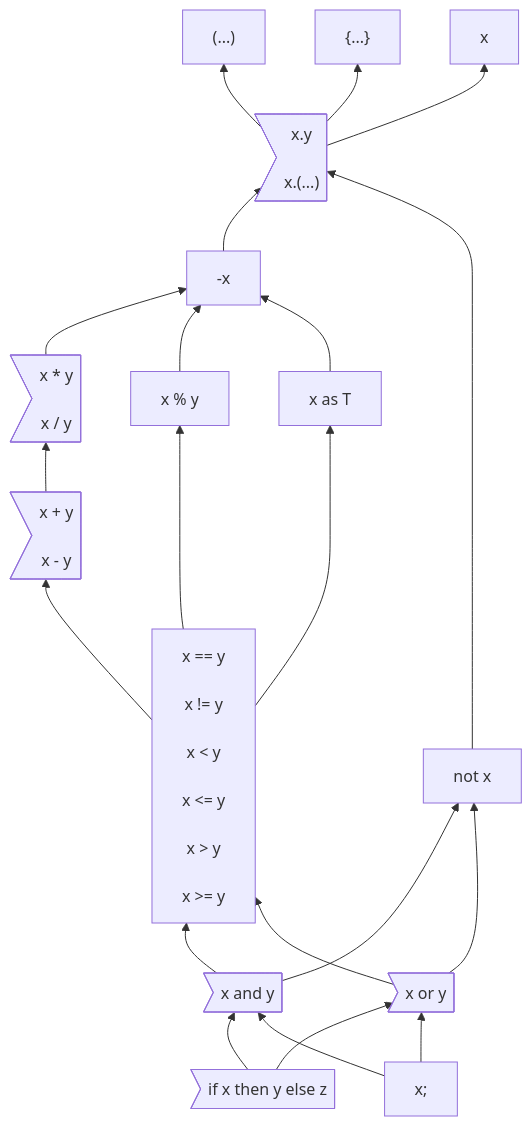
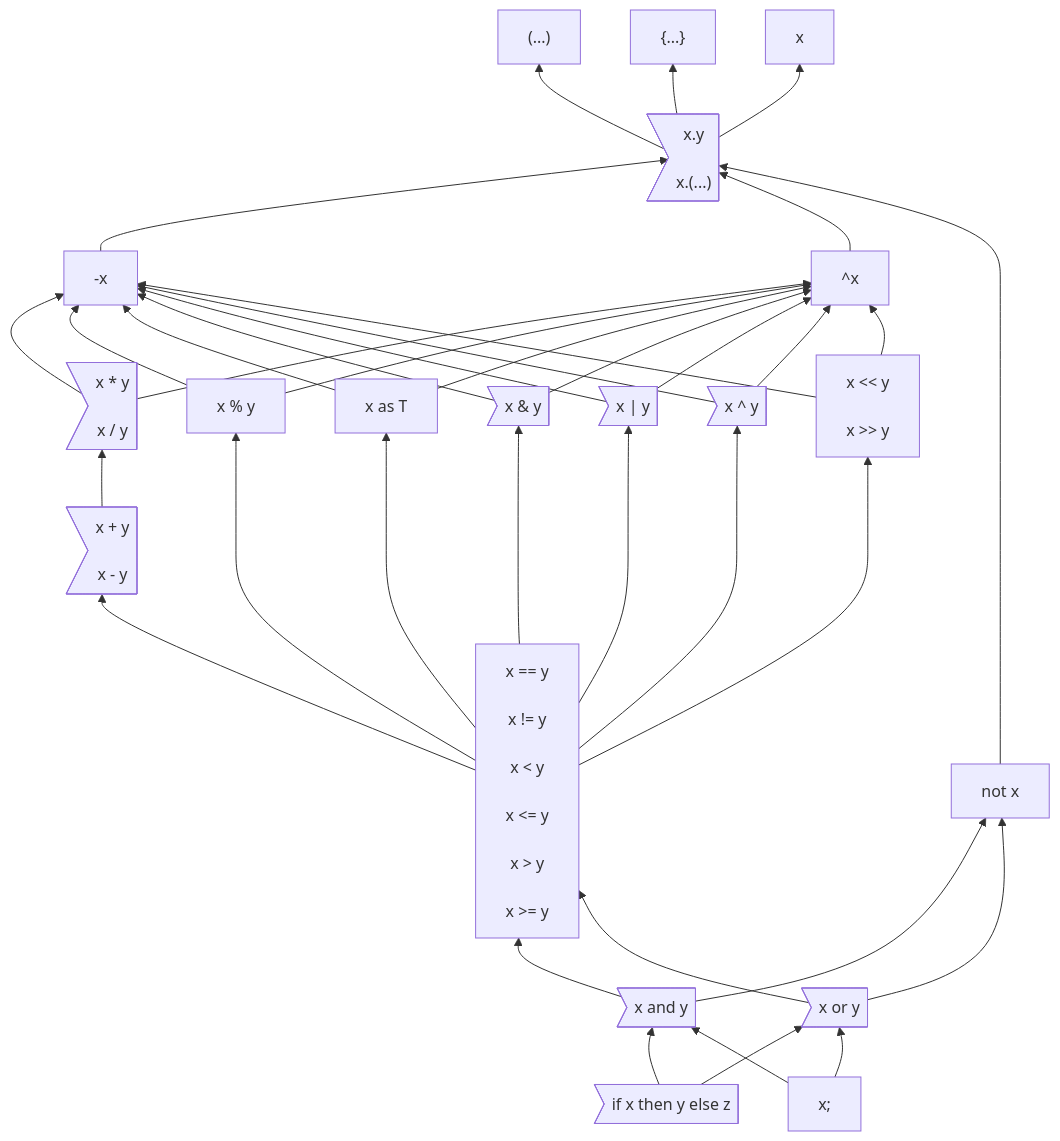
Before and after one commit to carbon-language/carbon-lang: the first of 2 diagrams in docs/design/expressions/README.md, drawn with Mermaid.

Commit message:
Add precedence diagrams.

````diff
--- a/docs/design/expressions/README.md
+++ b/docs/design/expressions/README.md
@@ -52,63 +52,79 @@
 ```mermaid
 %%{init: {'themeVariables': {'fontFamily': 'monospace'}}}%%
 graph BT
     parens["(...)"]
 
     braces["{...}"]
     click braces "https://github.com/carbon-language/carbon-lang/blob/trunk/docs/design/classes.md#literals"
 
     unqualifiedName["x"]
     click unqualifiedName "https://github.com/carbon-language/carbon-lang/blob/trunk/docs/design/expressions/README.md#unqualified-names"
 
     memberAccess>"x.y<br>
                     x.(...)"]
     click memberAccess "https://github.com/carbon-language/carbon-lang/blob/trunk/docs/design/expressions/member_access.md"
 
     negation["-x"]
+    click negation "https://github.com/carbon-language/carbon-lang/blob/trunk/docs/design/expressions/arithmetic.md"
+
+    complement["^x"]
+    click complement "https://github.com/carbon-language/carbon-lang/blob/trunk/docs/design/expressions/bitwise.md"
 
     as["x as T"]
     click as "https://github.com/carbon-language/carbon-lang/blob/trunk/docs/design/expressions/implicit_conversions.md"
 
     multiplication>"x * y<br>
                     x / y"]
     click multiplication "https://github.com/carbon-language/carbon-lang/blob/trunk/docs/design/expressions/arithmetic.md"
 
     addition>"x + y<br>
               x - y"]
     click addition "https://github.com/carbon-language/carbon-lang/blob/trunk/docs/design/expressions/arithmetic.md"
 
     modulo["x % y"]
     click modulo "https://github.com/carbon-language/carbon-lang/blob/trunk/docs/design/expressions/arithmetic.md"
+
+    bitwise_and>"x & y"]
+    bitwise_or>"x | y"]
+    bitwise_xor>"x ^ y"]
+    click bitwise_and "https://github.com/carbon-language/carbon-lang/blob/trunk/docs/design/expressions/bitwise.md"
+    click bitwise_or "https://github.com/carbon-language/carbon-lang/blob/trunk/docs/design/expressions/bitwise.md"
+    click bitwise_xor "https://github.com/carbon-language/carbon-lang/blob/trunk/docs/design/expressions/bitwise.md"
+
+    shift["x << y<br>
+           x >> y"]
+    click shift "https://github.com/carbon-language/carbon-lang/blob/trunk/docs/design/expressions/bitwise.md"
 
     comparison["x == y<br>
                 x != y<br>
                 x < y<br>
                 x <= y<br>
                 x > y<br>
                 x >= y"]
     click comparison "https://github.com/carbon-language/carbon-lang/blob/trunk/docs/design/expressions/comparison_operators.md"
 
     not["not x"]
     click not "https://github.com/carbon-language/carbon-lang/blob/trunk/docs/design/expressions/logical_operators.md"
 
     and>"x and y"]
     click and "https://github.com/carbon-language/carbon-lang/blob/trunk/docs/design/expressions/logical_operators.md"
 
     or>"x or y"]
     click or "https://github.com/carbon-language/carbon-lang/blob/trunk/docs/design/expressions/logical_operators.md"
 
     if>"if x then y else z"]
     click if "https://github.com/carbon-language/carbon-lang/blob/trunk/docs/design/expressions/if.md"
 
     expressionEnd["x;"]
 
     memberAccess --> parens & braces & unqualifiedName
     negation --> memberAccess
+    complement --> memberAccess
     %% Use a longer arrow here to put `not` next to `and` and `or`.
     not -----> memberAccess
-    multiplication & modulo & as --> negation
+    multiplication & modulo & as & bitwise_and & bitwise_or & bitwise_xor & shift --> negation & complement
     addition --> multiplication
-    comparison --> modulo & addition & as
+    comparison --> modulo & addition & as & bitwise_and & bitwise_or & bitwise_xor & shift
     and & or --> comparison & not
     if & expressionEnd --> and & or
 ```
````
